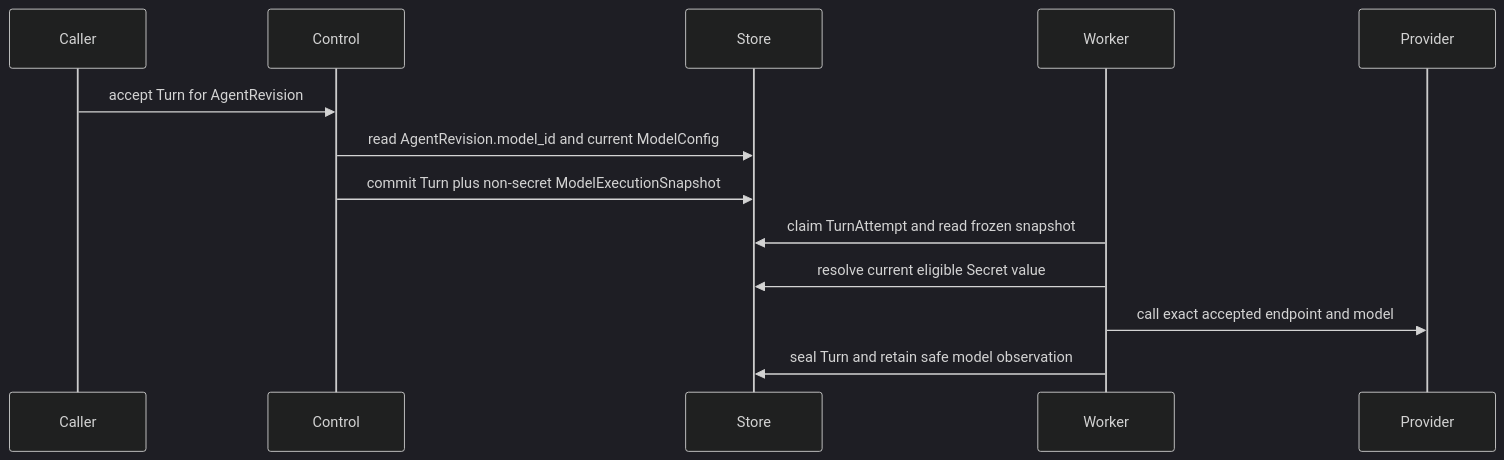
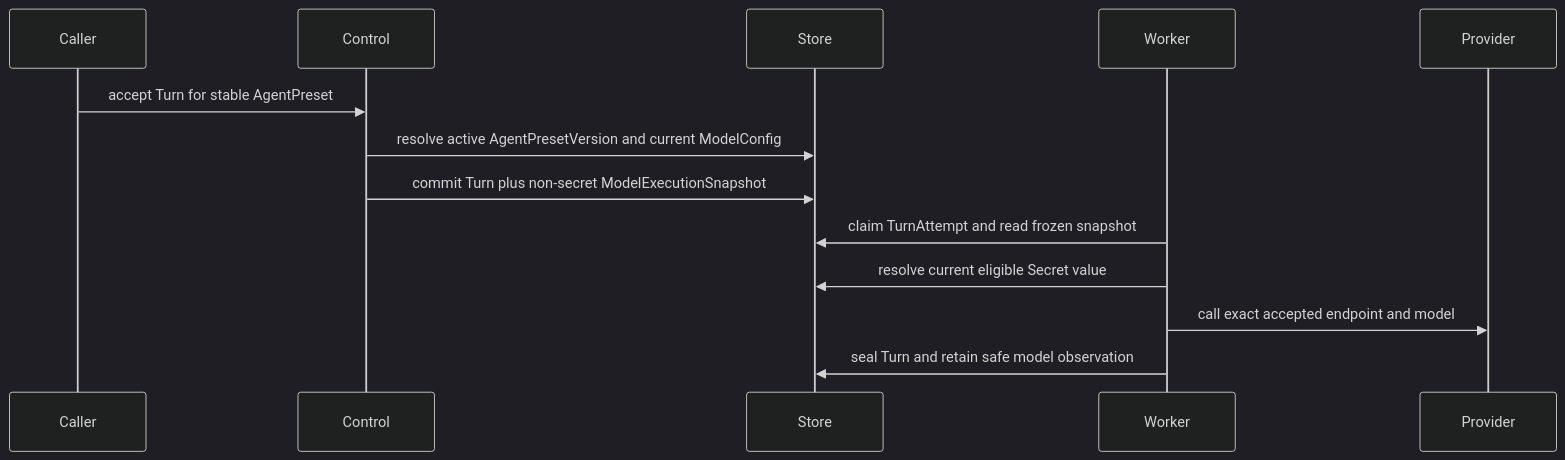
One commit to LTThreeComma/agent-foundation changed the diagram in spec/foundation-service/25-model-management.md. Above: the diagram before and after it, drawn with Mermaid (dark theme). The commit also changed other lines of this file and 23 other files, not shown here.

````diff
--- a/spec/foundation-service/25-model-management.md
+++ b/spec/foundation-service/25-model-management.md
@@ -266,16 +268,16 @@
 ```mermaid
 sequenceDiagram
     participant Caller
     participant Control
     participant Store
     participant Worker
     participant Provider
 
-    Caller->>Control: accept Turn for AgentRevision
-    Control->>Store: read AgentRevision.model_id and current ModelConfig
+    Caller->>Control: accept Turn for stable AgentPreset
+    Control->>Store: resolve active AgentPresetVersion and current ModelConfig
     Control->>Store: commit Turn plus non-secret ModelExecutionSnapshot
     Worker->>Store: claim TurnAttempt and read frozen snapshot
     Worker->>Store: resolve current eligible Secret value
     Worker->>Provider: call exact accepted endpoint and model
     Worker->>Store: seal Turn and retain safe model observation
 ```
````
